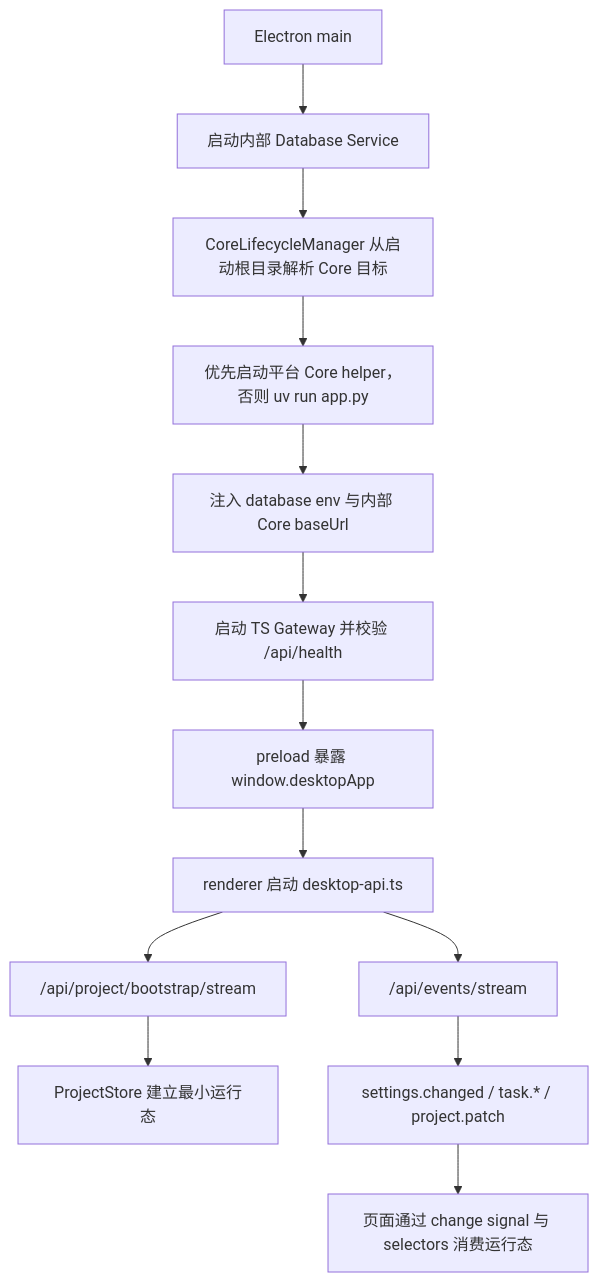
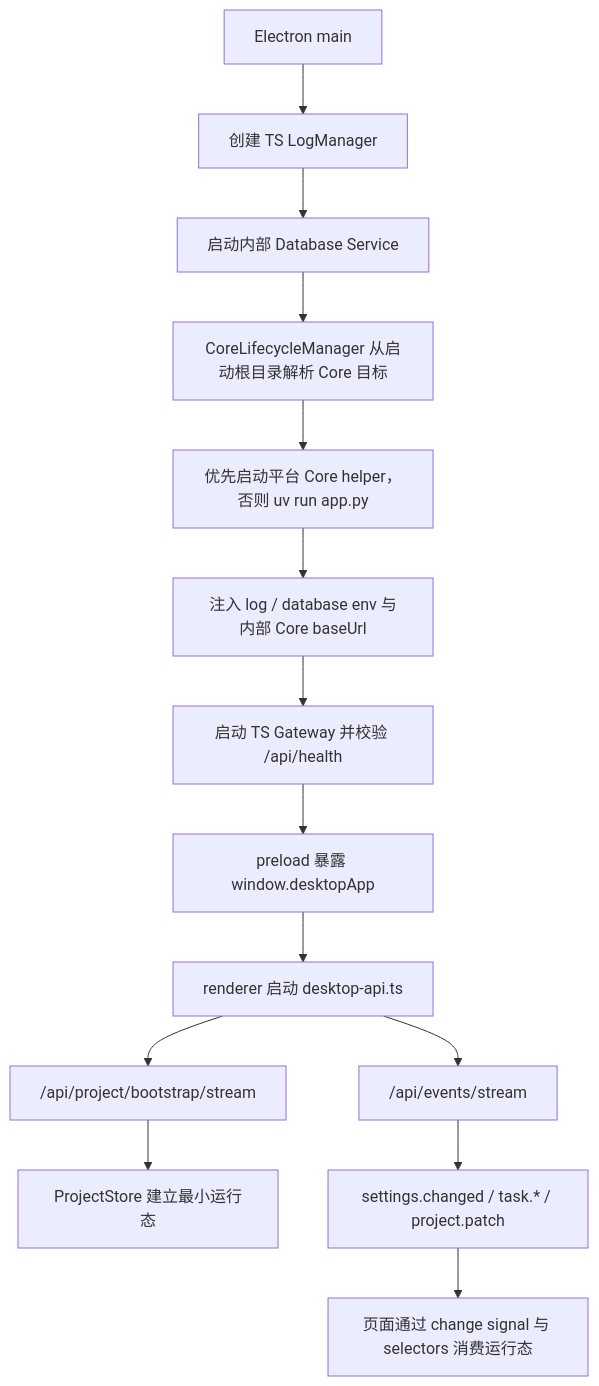
The second of 3 diagrams in docs/ARCHITECTURE.md (neavo/LinguaGacha), drawn with Mermaid before and after one commit. The commit also changed other lines of this file and 30 other files, not shown here.

````diff
--- a/docs/ARCHITECTURE.md
+++ b/docs/ARCHITECTURE.md
@@ -57,15 +57,16 @@
 ```mermaid
 flowchart TD
-    A["Electron main"] --> S["启动内部 Database Service"]
+    A["Electron main"] --> L["创建 TS LogManager"]
+    L --> S["启动内部 Database Service"]
     S --> B["CoreLifecycleManager 从启动根目录解析 Core 目标"]
     B --> C["优先启动平台 Core helper，否则 uv run app.py"]
-    C --> D["注入 database env 与内部 Core baseUrl"]
+    C --> D["注入 log / database env 与内部 Core baseUrl"]
     D --> T["启动 TS Gateway 并校验 /api/health"]
     T --> E["preload 暴露 window.desktopApp"]
     E --> F["renderer 启动 desktop-api.ts"]
     F --> G["/api/project/bootstrap/stream"]
     G --> H["ProjectStore 建立最小运行态"]
     F --> I["/api/events/stream"]
     I --> J["settings.changed / task.* / project.patch"]
     J --> K["页面通过 change signal 与 selectors 消费运行态"]
 ```
````
